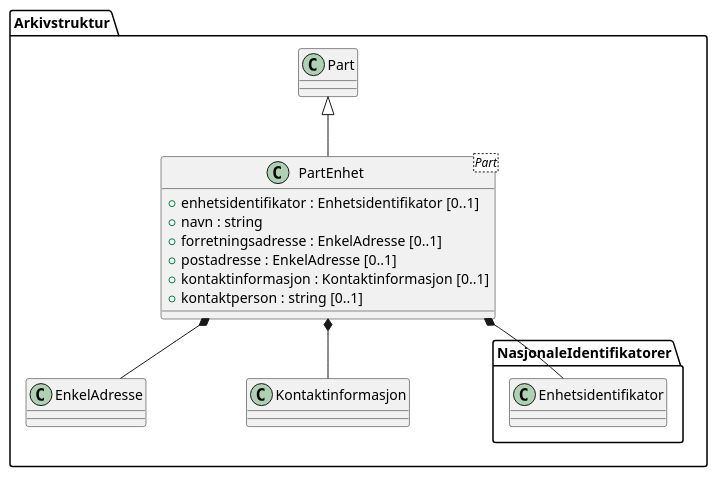
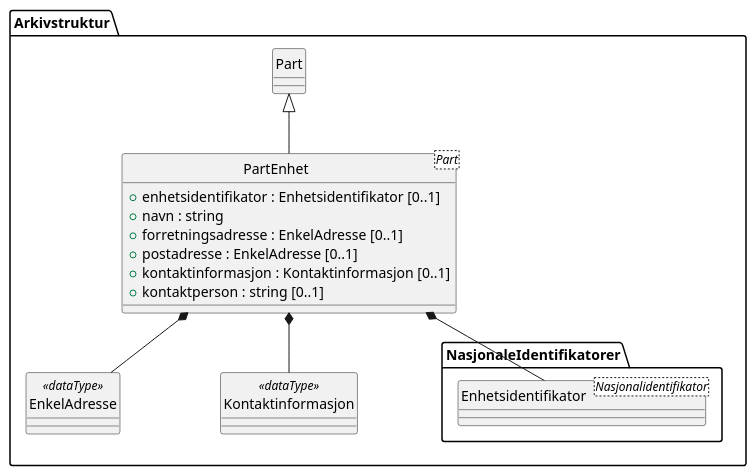
One commit to arkivverket/noark5-tjenestegrensesnitt-standard changed the diagram in kapitler/media/uml-class-partenhet.puml. Above: the diagram before and after it, drawn with PlantUML. The commit also changed 40 other files, not shown here.

Commit message:
Oppdater UML-diagram med arv og stereotyper.

```diff
--- a/kapitler/media/uml-class-partenhet.puml
+++ b/kapitler/media/uml-class-partenhet.puml
@@ -1,15 +1,24 @@
 @startuml
 skinparam nodesep 100
+hide circle
 class Arkivstruktur.PartEnhet <Part> {
   +enhetsidentifikator : Enhetsidentifikator [0..1]
   +navn : string
   +forretningsadresse : EnkelAdresse [0..1]
   +postadresse : EnkelAdresse [0..1]
   +kontaktinformasjon : Kontaktinformasjon [0..1]
   +kontaktperson : string [0..1]
 }
+class Arkivstruktur.Part {
+}
 Arkivstruktur.Part <|-- Arkivstruktur.PartEnhet
+class Arkivstruktur.NasjonaleIdentifikatorer.Enhetsidentifikator <Nasjonalidentifikator> {
+}
 Arkivstruktur.PartEnhet *-- Arkivstruktur.NasjonaleIdentifikatorer.Enhetsidentifikator
+class Arkivstruktur.EnkelAdresse <<dataType>> {
+}
 Arkivstruktur.PartEnhet *-- Arkivstruktur.EnkelAdresse
+class Arkivstruktur.Kontaktinformasjon <<dataType>> {
+}
 Arkivstruktur.PartEnhet *-- Arkivstruktur.Kontaktinformasjon
 @enduml
```
